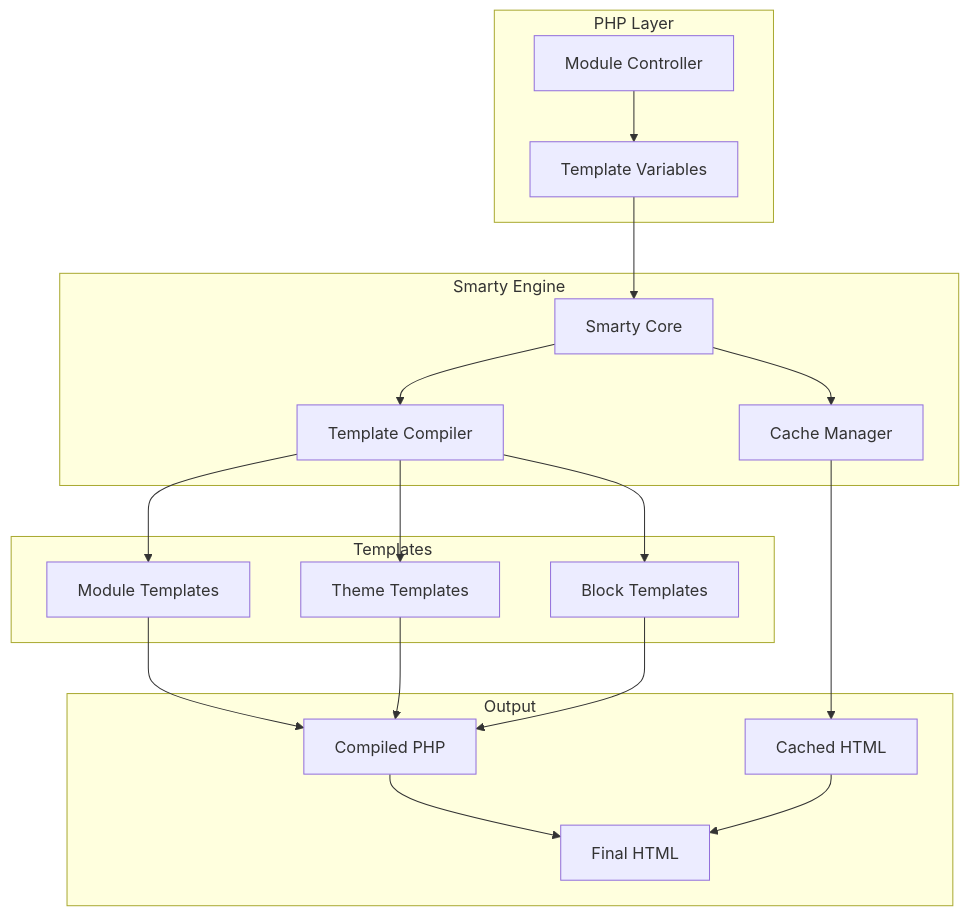
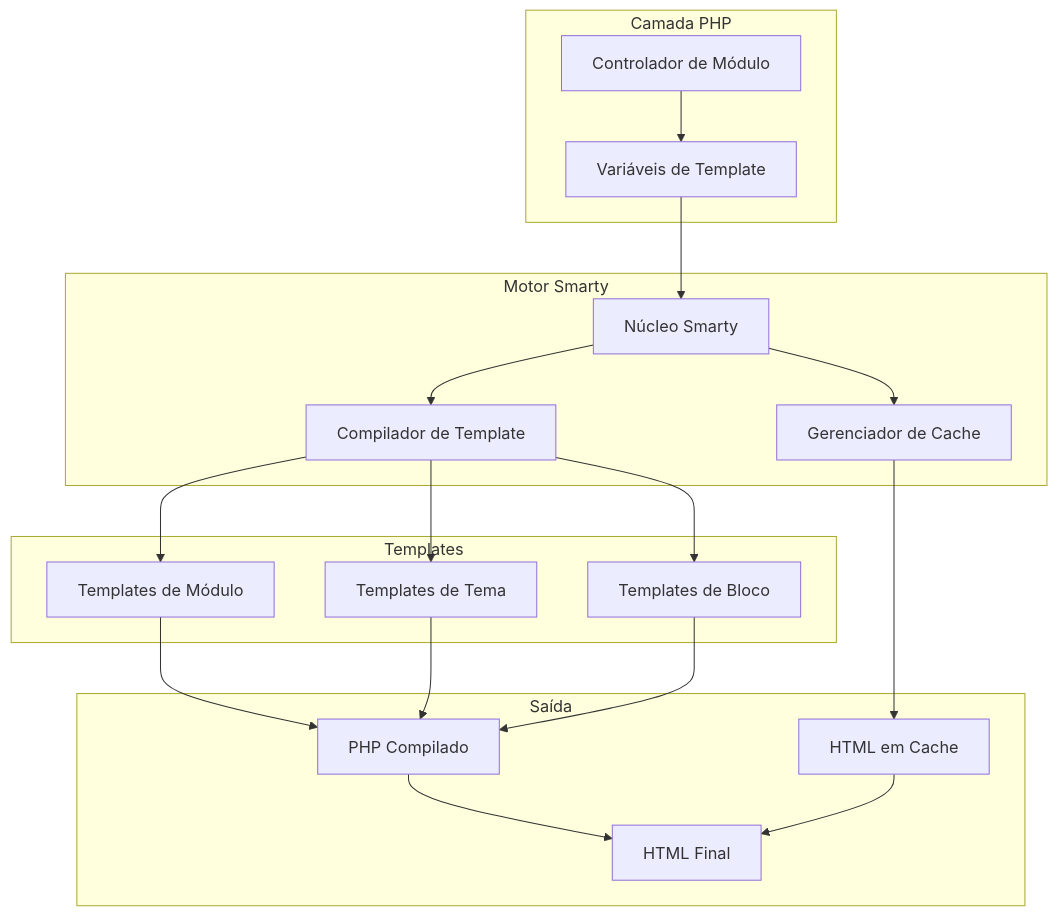
One commit to mambax7/xoops-docs changed the first of 3 diagrams in apps/docs-27/src/content/docs/pt/contributing/adrs/adr-003.md. Above: the diagram before and after it, drawn with Mermaid. The commit also changed other lines of this file and 162 other files, not shown here.

````diff
--- a/apps/docs-27/src/content/docs/pt/contributing/adrs/adr-003.md
+++ b/apps/docs-27/src/content/docs/pt/contributing/adrs/adr-003.md
@@ -35,39 +35,39 @@
 ```mermaid
 flowchart TB
-    subgraph "PHP Layer"
-        A[Module Controller]
-        B[Template Variables]
+    subgraph "Camada PHP"
+        A[Controlador de Módulo]
+        B[Variáveis de Template]
     end
 
-    subgraph "Smarty Engine"
-        C[Smarty Core]
-        D[Template Compiler]
-        E[Cache Manager]
+    subgraph "Motor Smarty"
+        C[Núcleo Smarty]
+        D[Compilador de Template]
+        E[Gerenciador de Cache]
     end
 
     subgraph "Templates"
-        F[Module Templates]
-        G[Theme Templates]
-        H[Block Templates]
+        F[Templates de Módulo]
+        G[Templates de Tema]
+        H[Templates de Bloco]
     end
 
-    subgraph "Output"
-        I[Compiled PHP]
-        J[Cached HTML]
-        K[Final HTML]
+    subgraph "Saída"
+        I[PHP Compilado]
+        J[HTML em Cache]
+        K[HTML Final]
     end
 
     A --> B
     B --> C
     C --> D
     C --> E
     D --> F
     D --> G
     D --> H
     F --> I
     G --> I
     H --> I
     E --> J
     I --> K
     J --> K
 ```
````
